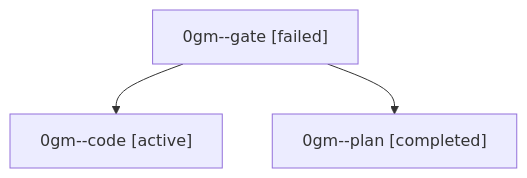
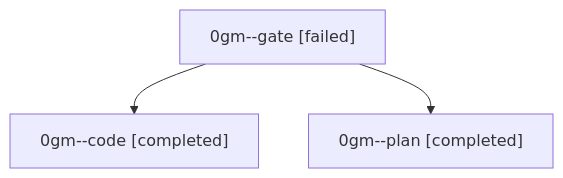
The diagram in sessions/bbugyi200.athena.0gm.md (sase-org/sase--agents), drawn with Mermaid before and after one commit. The commit also changed other lines of this file and 6 other files, not shown here.

````diff
--- a/sessions/bbugyi200.athena.0gm.md
+++ b/sessions/bbugyi200.athena.0gm.md
@@ -9,8 +9,8 @@
 ```mermaid
 flowchart TD
   n0["0gm--gate [failed]"]
-  n1["0gm--code [active]"]
+  n1["0gm--code [completed]"]
   n0 --> n1
   n2["0gm--plan [completed]"]
   n0 --> n2
 ```
````
